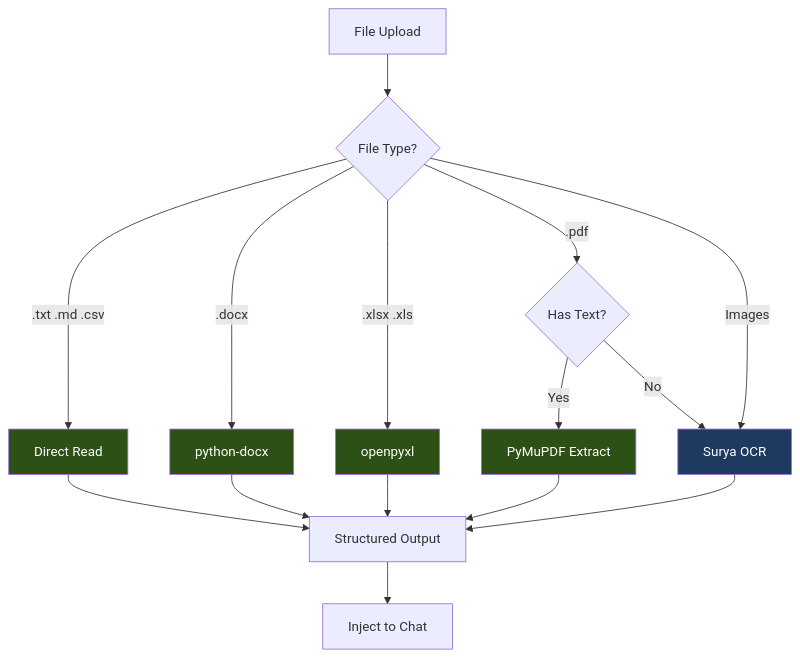
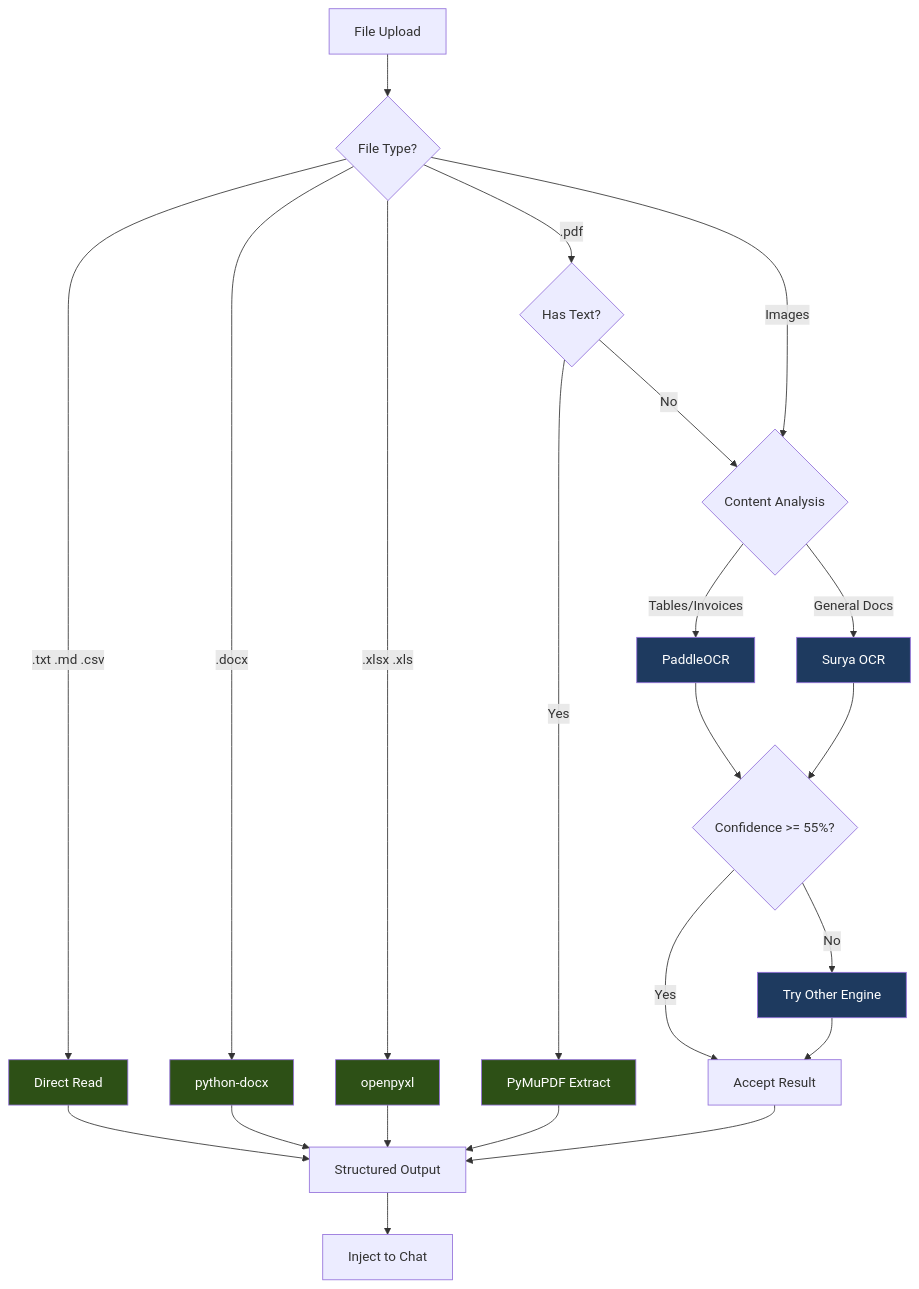
The diagram in ocr_plan/ocr_implementation_fully_local.md (manumishra-zm/execution_plan), drawn with Mermaid before and after one commit. The commit also changed other lines of this file and 3 other files, not shown here.

````diff
--- a/ocr_plan/ocr_implementation_fully_local.md
+++ b/ocr_plan/ocr_implementation_fully_local.md
@@ -7,27 +7,40 @@
 ```mermaid
 flowchart TD
     A[File Upload] --> B{File Type?}
 
     B -->|.txt .md .csv| C[Direct Read]
     B -->|.docx| D[python-docx]
     B -->|.xlsx .xls| E[openpyxl]
     B -->|.pdf| F{Has Text?}
-    B -->|Images| G[Surya OCR]
+    B -->|Images| G{Content Analysis}
 
     F -->|Yes| H[PyMuPDF Extract]
     F -->|No| G
 
-    C --> I[Structured Output]
-    D --> I
-    E --> I
-    H --> I
-    G --> I
+    G -->|Tables/Invoices| I[PaddleOCR]
+    G -->|General Docs| J[Surya OCR]
 
-    I --> J[Inject to Chat]
+    I --> K{Confidence >= 55%?}
+    J --> K
+
+    K -->|Yes| L[Accept Result]
+    K -->|No| M[Try Other Engine]
+
+    M --> L
+
+    C --> N[Structured Output]
+    D --> N
+    E --> N
+    H --> N
+    L --> N
+
+    N --> O[Inject to Chat]
 
     style C fill:#2D5016,color:#fff
     style D fill:#2D5016,color:#fff
     style E fill:#2D5016,color:#fff
     style H fill:#2D5016,color:#fff
-    style G fill:#1E3A5F,color:#fff
+    style I fill:#1E3A5F,color:#fff
+    style J fill:#1E3A5F,color:#fff
+    style M fill:#1E3A5F,color:#fff
 ```
````
